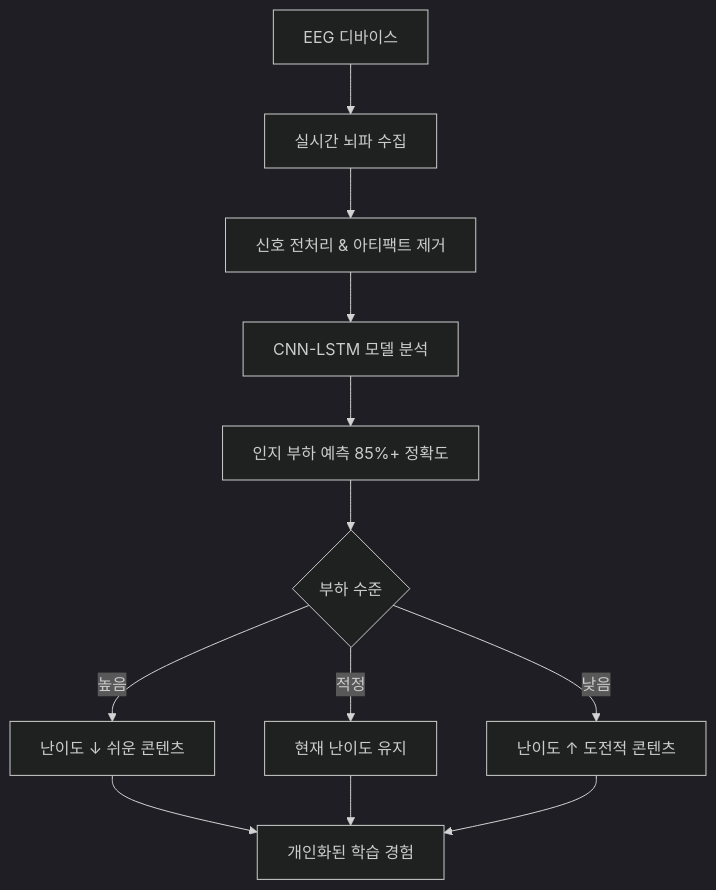
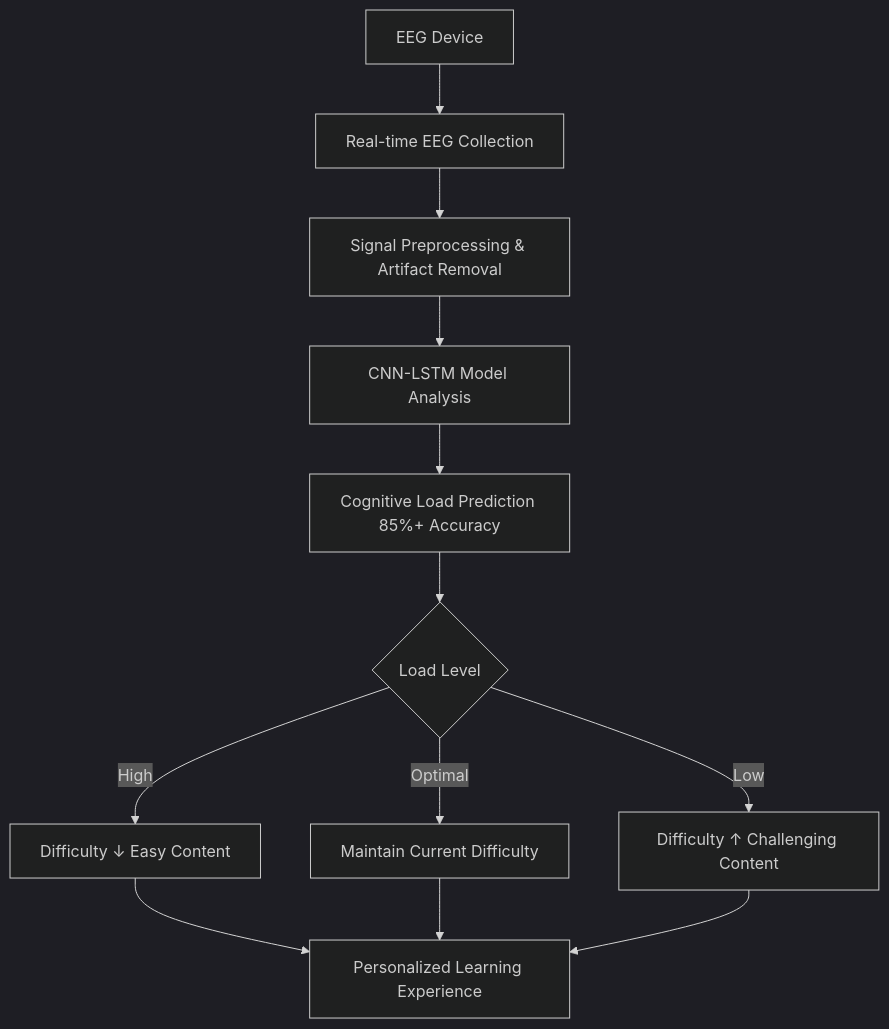
The diagram in README.md (Leviathan-m/ai-eeg-learning-platform), drawn with Mermaid (dark theme) before and after one commit. The commit also changed other lines of this file, not shown here.

````diff
--- a/README.md
+++ b/README.md
@@ -113,14 +113,14 @@
 ```mermaid
 graph TD
-    A[EEG 디바이스] --> B[실시간 뇌파 수집]
-    B --> C[신호 전처리 & 아티팩트 제거]
-    C --> D[CNN-LSTM 모델 분석]
-    D --> E[인지 부하 예측 85%+ 정확도]
-    E --> F{부하 수준}
-    F -->|높음| G[난이도 ↓ 쉬운 콘텐츠]
-    F -->|적정| H[현재 난이도 유지]
-    F -->|낮음| I[난이도 ↑ 도전적 콘텐츠]
-    G --> J[개인화된 학습 경험]
+    A[EEG Device] --> B[Real-time EEG Collection]
+    B --> C[Signal Preprocessing & Artifact Removal]
+    C --> D[CNN-LSTM Model Analysis]
+    D --> E[Cognitive Load Prediction 85%+ Accuracy]
+    E --> F{Load Level}
+    F -->|High| G[Difficulty ↓ Easy Content]
+    F -->|Optimal| H[Maintain Current Difficulty]
+    F -->|Low| I[Difficulty ↑ Challenging Content]
+    G --> J[Personalized Learning Experience]
     H --> J
     I --> J
 ```
````
